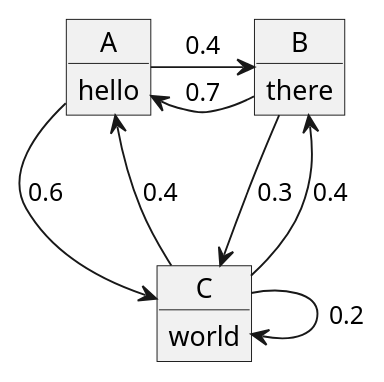
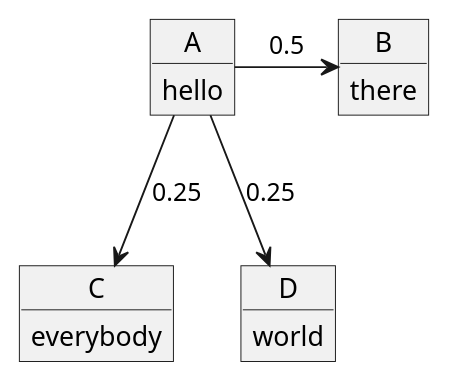
The seventh of 7 diagrams in src/docs/asciidoc/index.adoc (jezhiggins/a-very-small-language-model), drawn with PlantUML before and after one commit. The commit also changed other lines of this file and 5 other files, not shown here.

```diff
--- a/src/docs/asciidoc/index.adoc
+++ b/src/docs/asciidoc/index.adoc
@@ -353,16 +393,14 @@
-[plantuml, state-diagram-5, svg, width=600]
+[plantuml, state-diagram-6, svg, width=600]
 ----
 object A
 A : hello
 object B
 B : there
 object C
-C : world
-A -r-> B : 0.4
-A --> C : 0.6
-B --> A : 0.7
-B --> C : 0.3
-C --> A : 0.4
-C --> B : 0.4
-C --> C : 0.2
+C : everybody
+object D
+D : world
+A -r-> B : 0.5
+A --> C : 0.25
+A --> D : 0.25
 ----
```
